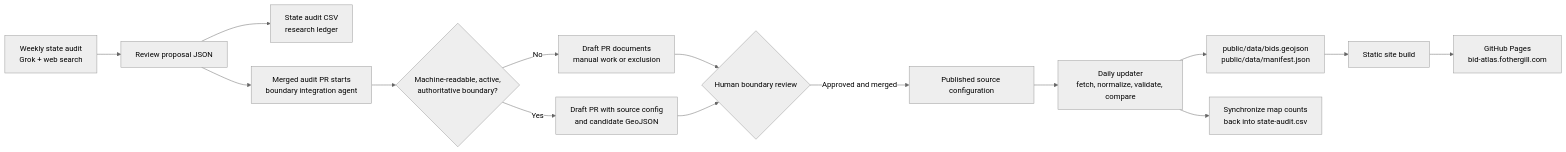
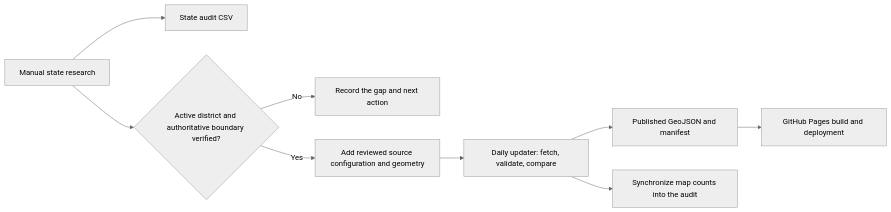
One commit to afotherg/bid-atlas changed the diagram in docs/data-operations.md. Above: the diagram before and after it, drawn with Mermaid (neutral theme). The commit also changed other lines of this file and 31 other files, not shown here.

````diff
--- a/docs/data-operations.md
+++ b/docs/data-operations.md
@@ -9,17 +9,11 @@
 ```mermaid
 flowchart LR
-  A["Weekly state audit<br/>Grok + web search"] --> B["Review proposal JSON"]
-  B --> C["State audit CSV<br/>research ledger"]
-  B --> D["Merged audit PR starts<br/>boundary integration agent"]
-  D --> E{"Machine-readable, active,<br/>authoritative boundary?"}
-  E -->|"No"| F["Draft PR documents<br/>manual work or exclusion"]
-  E -->|"Yes"| G["Draft PR with source config<br/>and candidate GeoJSON"]
-  F --> H{"Human boundary review"}
-  G --> H
-  H -->|"Approved and merged"| I["Published source configuration"]
-  I --> J["Daily updater<br/>fetch, normalize, validate, compare"]
-  J --> K["public/data/bids.geojson<br/>public/data/manifest.json"]
-  K --> L["Static site build"]
-  L --> M["GitHub Pages<br/>bid-atlas.fothergill.com"]
-  J --> N["Synchronize map counts<br/>back into state-audit.csv"]
+  A["Manual state research"] --> B["State audit CSV"]
+  A --> C{"Active district and authoritative boundary verified?"}
+  C -->|"No"| D["Record the gap and next action"]
+  C -->|"Yes"| E["Add reviewed source configuration and geometry"]
+  E --> F["Daily updater: fetch, validate, compare"]
+  F --> G["Published GeoJSON and manifest"]
+  G --> H["GitHub Pages build and deployment"]
+  F --> I["Synchronize map counts into the audit"]
 ```
````
